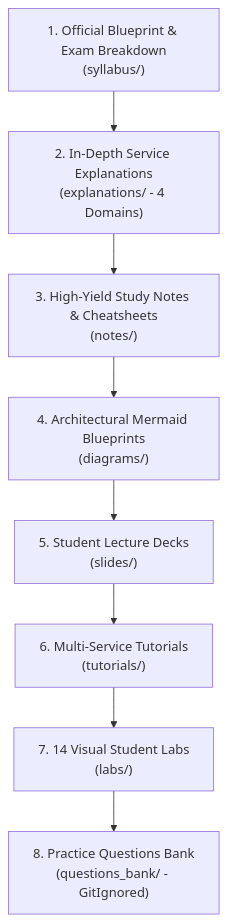
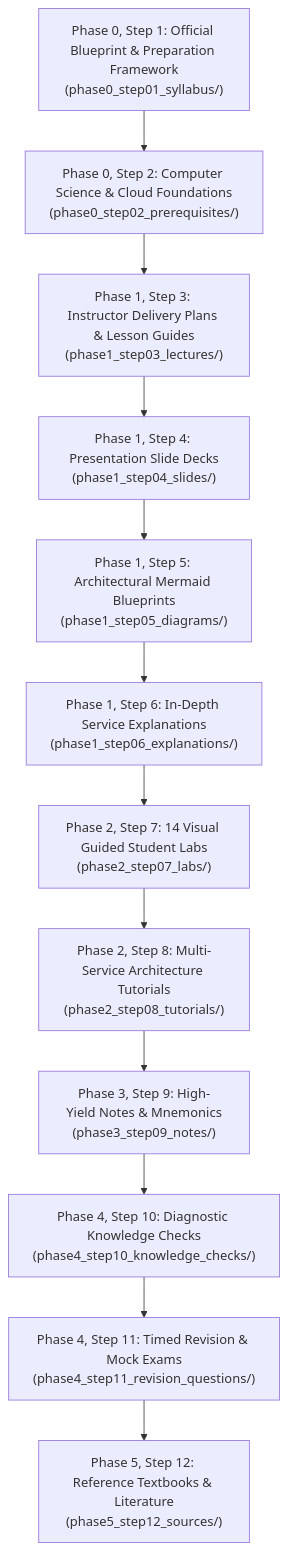
The diagram in Cloud/Practitioner/CLF-C02/README.md (fakhruldeen/AWS), drawn with Mermaid before and after one commit. The commit also changed other lines of this file and 362 other files, not shown here.

Commit message:
feat(practitioner): number study directories as phase_step_name in CLF-C02 and AIF-C01

````diff
--- a/Cloud/Practitioner/CLF-C02/README.md
+++ b/Cloud/Practitioner/CLF-C02/README.md
@@ -15,10 +15,14 @@
 ```mermaid
 flowchart TD
-    Syllabus["1. Official Blueprint & Exam Breakdown\n(syllabus/)"] --> Explanations["2. In-Depth Service Explanations\n(explanations/ - 4 Domains)"]
-    Explanations --> Notes["3. High-Yield Study Notes & Cheatsheets\n(notes/)"]
-    Notes --> Blueprints["4. Architectural Mermaid Blueprints\n(diagrams/)"]
-    Blueprints --> Slides["5. Student Lecture Decks\n(slides/)"]
-    Slides --> Tutorials["6. Multi-Service Tutorials\n(tutorials/)"]
-    Tutorials --> Labs["7. 14 Visual Student Labs\n(labs/)"]
-    Labs --> Questions["8. Practice Questions Bank\n(questions_bank/ - GitIgnored)"]
+    Syllabus["Phase 0, Step 1: Official Blueprint & Preparation Framework\n(phase0_step01_syllabus/)"] --> Prereqs["Phase 0, Step 2: Computer Science & Cloud Foundations\n(phase0_step02_prerequisites/)"]
+    Prereqs --> Lectures["Phase 1, Step 3: Instructor Delivery Plans & Lesson Guides\n(phase1_step03_lectures/)"]
+    Lectures --> Slides["Phase 1, Step 4: Presentation Slide Decks\n(phase1_step04_slides/)"]
+    Slides --> Diagrams["Phase 1, Step 5: Architectural Mermaid Blueprints\n(phase1_step05_diagrams/)"]
+    Diagrams --> Explanations["Phase 1, Step 6: In-Depth Service Explanations\n(phase1_step06_explanations/)"]
+    Explanations --> Labs["Phase 2, Step 7: 14 Visual Guided Student Labs\n(phase2_step07_labs/)"]
+    Labs --> Tutorials["Phase 2, Step 8: Multi-Service Architecture Tutorials\n(phase2_step08_tutorials/)"]
+    Tutorials --> Notes["Phase 3, Step 9: High-Yield Notes & Mnemonics\n(phase3_step09_notes/)"]
+    Notes --> KChecks["Phase 4, Step 10: Diagnostic Knowledge Checks\n(phase4_step10_knowledge_checks/)"]
+    KChecks --> Revision["Phase 4, Step 11: Timed Revision & Mock Exams\n(phase4_step11_revision_questions/)"]
+    Revision --> Sources["Phase 5, Step 12: Reference Textbooks & Literature\n(phase5_step12_sources/)"]
 ```
````
